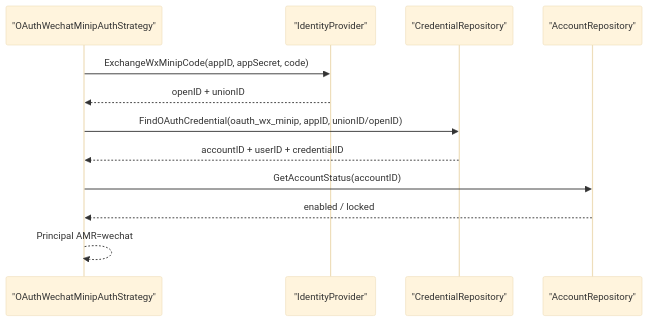
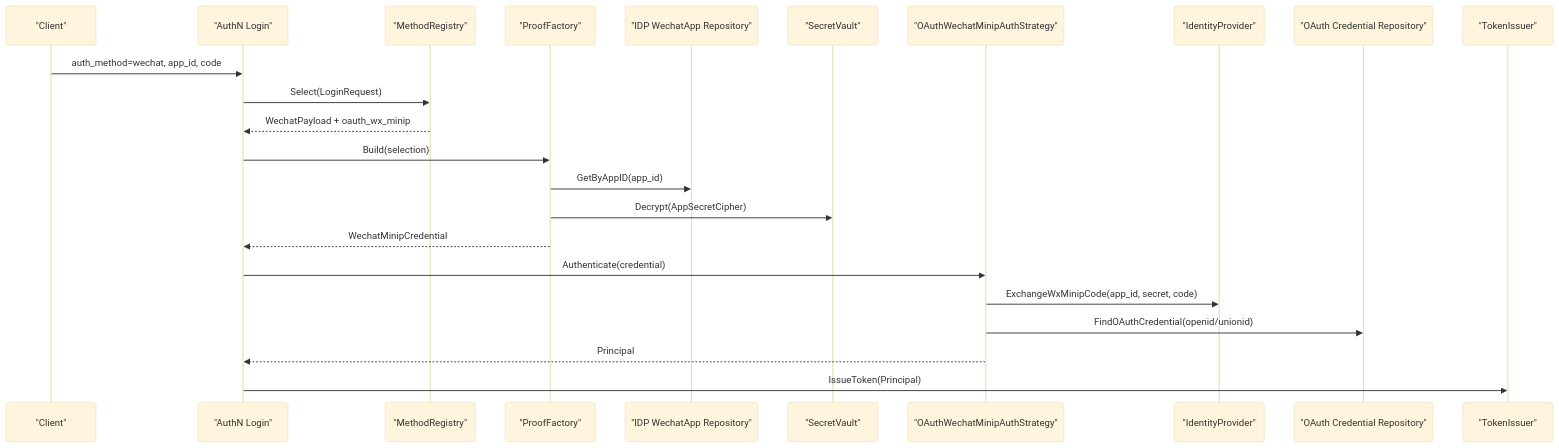
Before and after one commit to FangcunMount/iam: the fourth of 5 diagrams in docs/02-认证AuthN/04-第三方登录与IDP协作.md, drawn with Mermaid (base theme). The commit also changed other lines of this file and 5 other files, not shown here.

````diff
--- a/docs/02-认证AuthN/04-第三方登录与IDP协作.md
+++ b/docs/02-认证AuthN/04-第三方登录与IDP协作.md
@@ -706,15 +325,26 @@
 ```mermaid
 sequenceDiagram
+    participant C as "Client"
+    participant Login as "AuthN Login"
+    participant Registry as "MethodRegistry"
+    participant Proof as "ProofFactory"
+    participant Repo as "IDP WechatApp Repository"
+    participant Vault as "SecretVault"
     participant Strategy as "OAuthWechatMinipAuthStrategy"
     participant IDP as "IdentityProvider"
-    participant CredRepo as "CredentialRepository"
-    participant AccountRepo as "AccountRepository"
+    participant CredRepo as "OAuth Credential Repository"
+    participant Issuer as "TokenIssuer"
 
-    Strategy->>IDP: ExchangeWxMinipCode(appID, appSecret, code)
-    IDP-->>Strategy: openID + unionID
-    Strategy->>CredRepo: FindOAuthCredential(oauth_wx_minip, appID, unionID/openID)
-    CredRepo-->>Strategy: accountID + userID + credentialID
-    Strategy->>AccountRepo: GetAccountStatus(accountID)
-    AccountRepo-->>Strategy: enabled / locked
-    Strategy-->>Strategy: Principal AMR=wechat
+    C->>Login: auth_method=wechat, app_id, code
+    Login->>Registry: Select(LoginRequest)
+    Registry-->>Login: WechatPayload + oauth_wx_minip
+    Login->>Proof: Build(selection)
+    Proof->>Repo: GetByAppID(app_id)
+    Proof->>Vault: Decrypt(AppSecretCipher)
+    Proof-->>Login: WechatMinipCredential
+    Login->>Strategy: Authenticate(credential)
+    Strategy->>IDP: ExchangeWxMinipCode(app_id, secret, code)
+    Strategy->>CredRepo: FindOAuthCredential(openid/unionid)
+    Strategy-->>Login: Principal
+    Login->>Issuer: IssueToken(Principal)
 ```
````
